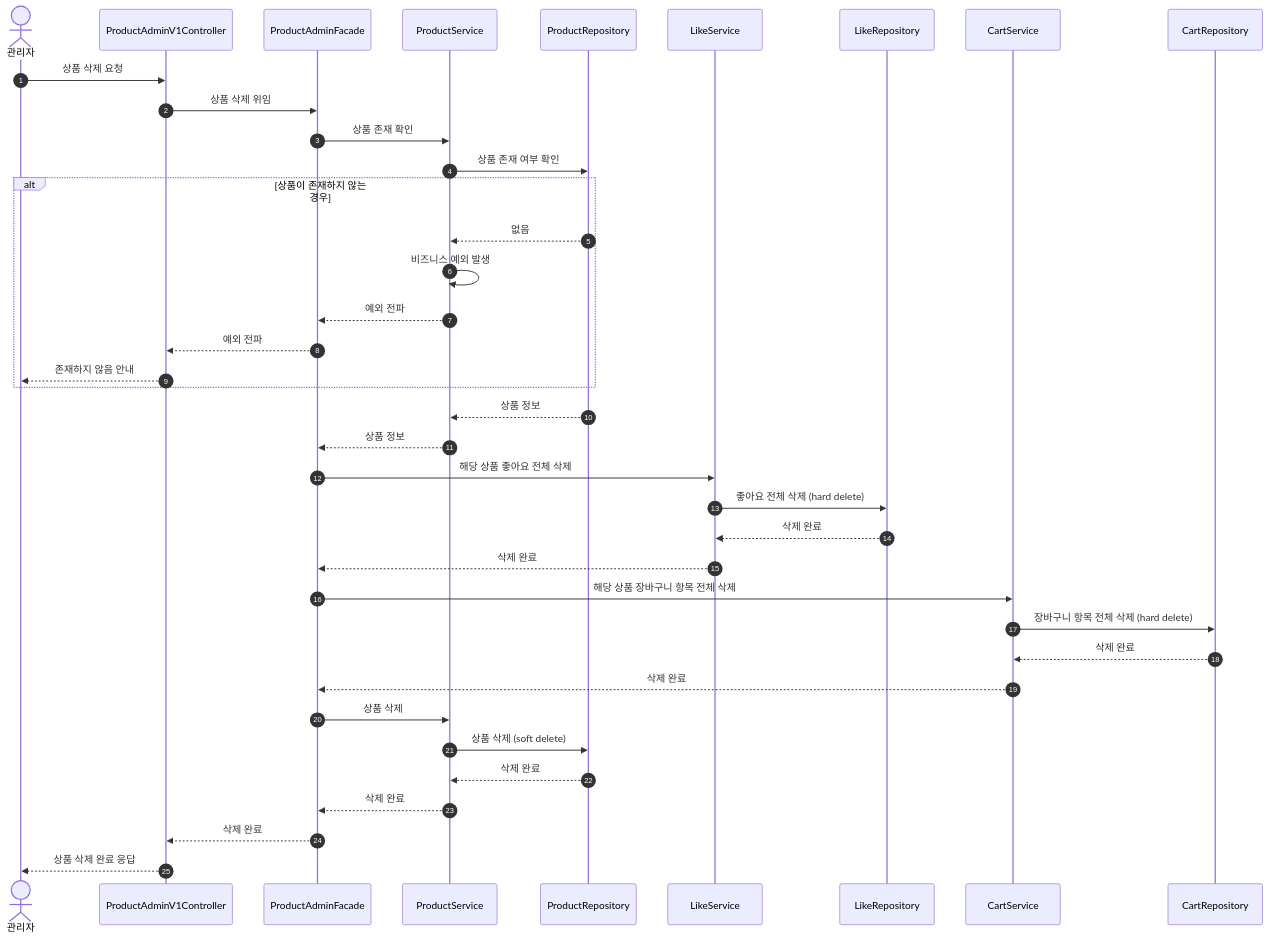
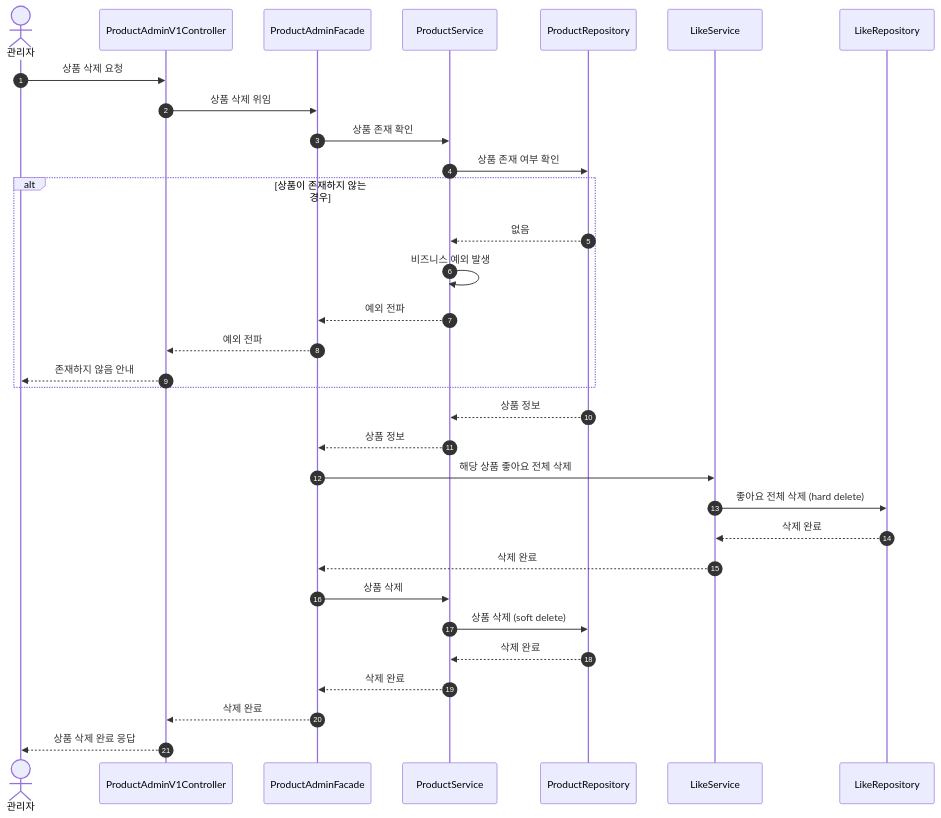
Before and after one commit to Loopers-dev-lab/loop-pack-be-l2-vol3-java: diagram 13 of 21 in .docs/design/02-sequence-diagrams.md, drawn with Mermaid. The commit also changed other lines of this file and 3 other files, not shown here.

````diff
--- a/.docs/design/02-sequence-diagrams.md
+++ b/.docs/design/02-sequence-diagrams.md
@@ -584,43 +578,37 @@
 ```mermaid
 sequenceDiagram
     autonumber
     actor 관리자
     participant Controller as ProductAdminV1Controller
     participant Facade as ProductAdminFacade
     participant ProductService
     participant ProductRepository
     participant LikeService
     participant LikeRepository
-    participant CartService
-    participant CartRepository
 
     관리자->>Controller: 상품 삭제 요청
     Controller->>Facade: 상품 삭제 위임
     Facade->>ProductService: 상품 존재 확인
     ProductService->>ProductRepository: 상품 존재 여부 확인
 
     alt 상품이 존재하지 않는 경우
         ProductRepository-->>ProductService: 없음
         ProductService->>ProductService: 비즈니스 예외 발생
         ProductService-->>Facade: 예외 전파
         Facade-->>Controller: 예외 전파
         Controller-->>관리자: 존재하지 않음 안내
     end
 
     ProductRepository-->>ProductService: 상품 정보
     ProductService-->>Facade: 상품 정보
     Facade->>LikeService: 해당 상품 좋아요 전체 삭제
     LikeService->>LikeRepository: 좋아요 전체 삭제 (hard delete)
     LikeRepository-->>LikeService: 삭제 완료
     LikeService-->>Facade: 삭제 완료
-    Facade->>CartService: 해당 상품 장바구니 항목 전체 삭제
-    CartService->>CartRepository: 장바구니 항목 전체 삭제 (hard delete)
-    CartRepository-->>CartService: 삭제 완료
-    CartService-->>Facade: 삭제 완료
     Facade->>ProductService: 상품 삭제
     ProductService->>ProductRepository: 상품 삭제 (soft delete)
     ProductRepository-->>ProductService: 삭제 완료
     ProductService-->>Facade: 삭제 완료
     Facade-->>Controller: 삭제 완료
     Controller-->>관리자: 상품 삭제 완료 응답
 ```
````
